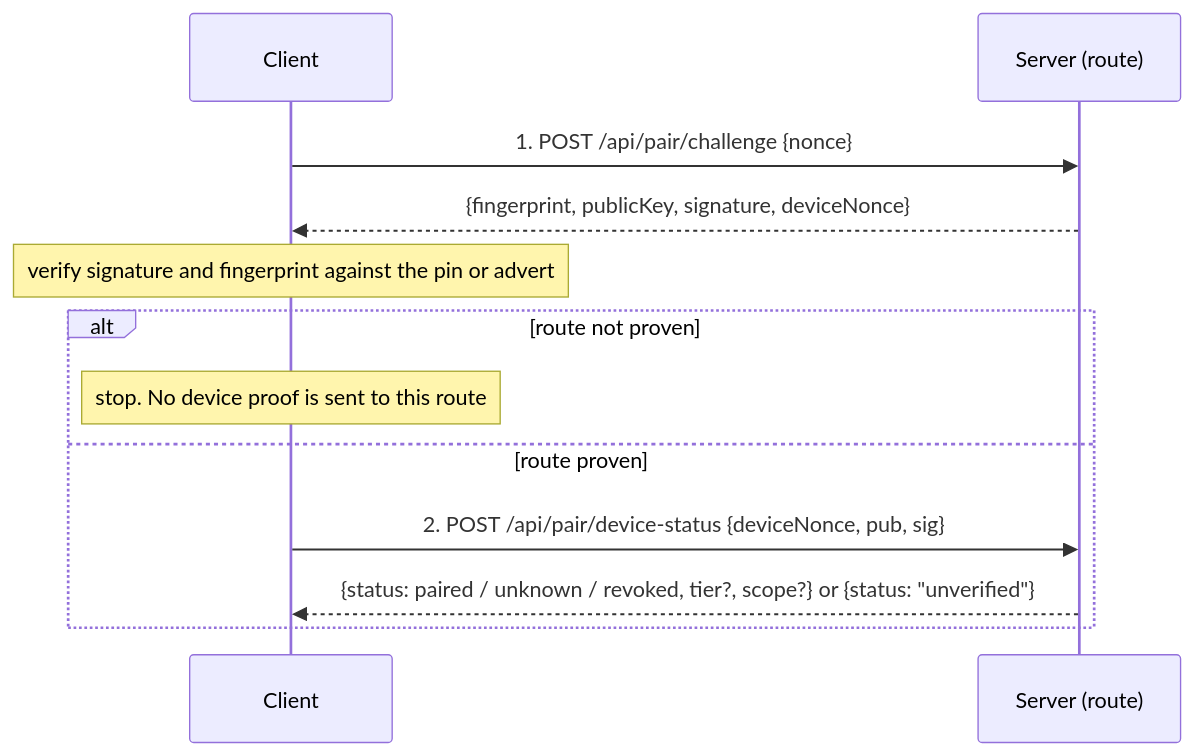
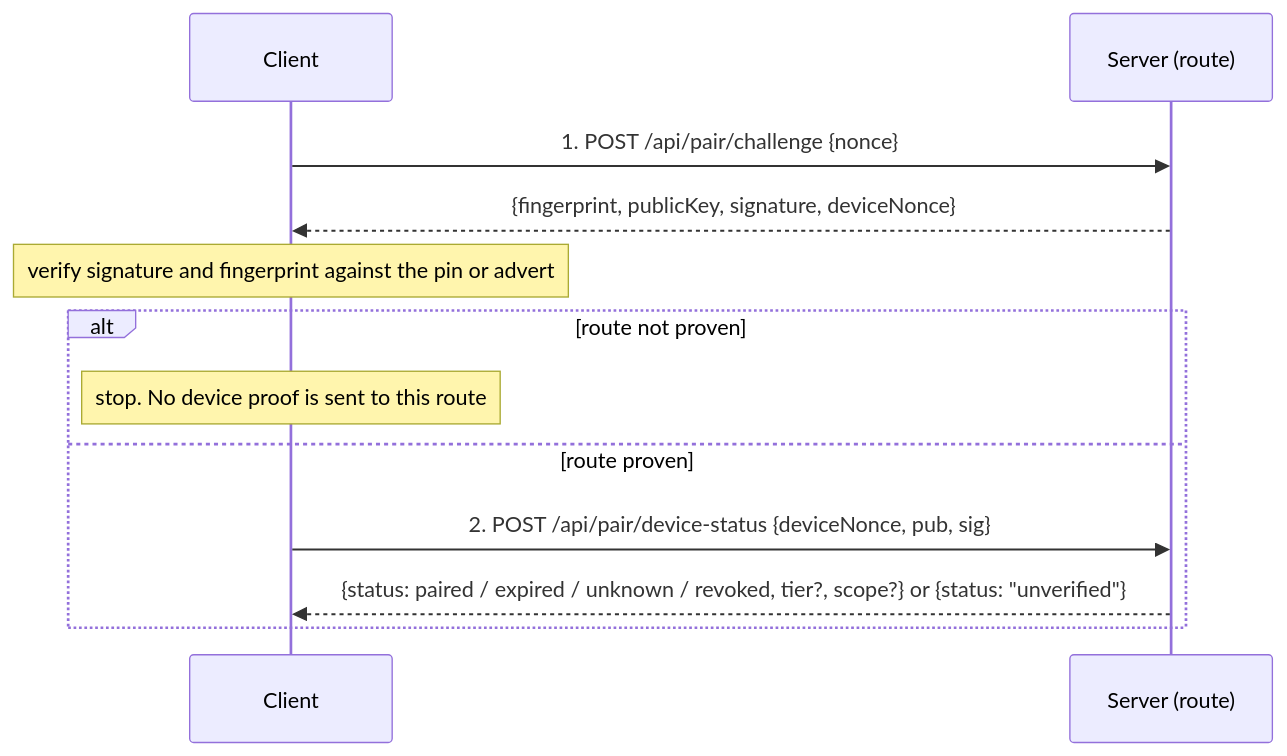
Before and after one commit to BlackBeltTechnology/pi-agent-dashboard: the diagram in openspec/changes/device-key-mutual-check/design.md, drawn with Mermaid. The commit also changed other lines of this file and 8 other files, not shown here.

Commit message:
plan(device-key-mutual-check): rebase on archived group-servers-by-identity + #1038/#1045/#1046; add expired device status

````diff
--- a/openspec/changes/device-key-mutual-check/design.md
+++ b/openspec/changes/device-key-mutual-check/design.md
@@ -35,14 +36,14 @@
 ```mermaid
 sequenceDiagram
     participant C as Client
     participant S as Server (route)
     C->>S: 1. POST /api/pair/challenge {nonce}
     S-->>C: {fingerprint, publicKey, signature, deviceNonce}
     Note over C: verify signature and fingerprint against the pin or advert
     alt route not proven
         Note over C: stop. No device proof is sent to this route
     else route proven
         C->>S: 2. POST /api/pair/device-status {deviceNonce, pub, sig}
-        S-->>C: {status: paired / unknown / revoked, tier?, scope?} or {status: "unverified"}
+        S-->>C: {status: paired / expired / unknown / revoked, tier?, scope?} or {status: "unverified"}
     end
 ```
````
